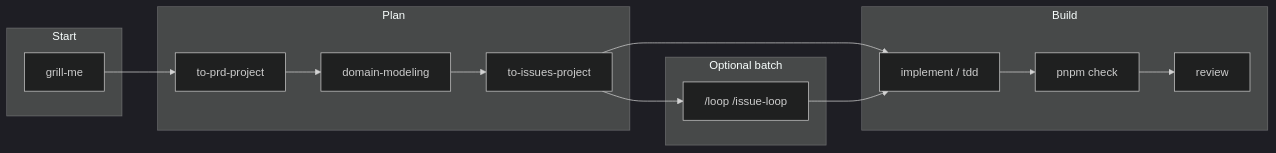
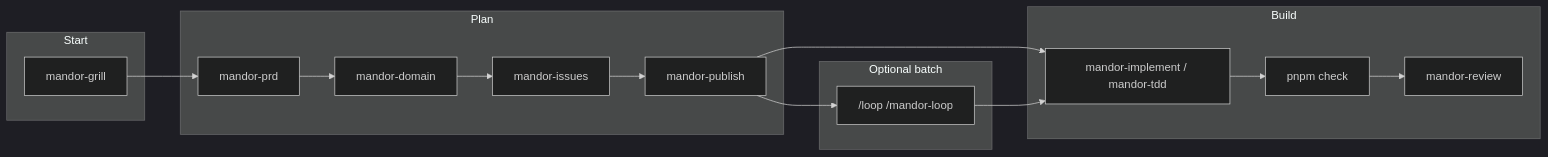
The diagram in README.md (achmadya-dev/mandor-plate), drawn with Mermaid (dark theme) before and after one commit. The commit also changed other lines of this file and 26 other files, not shown here.

First line of the commit message:
refactor(agents): rename skills to mandor-* and split publish

````diff
--- a/README.md
+++ b/README.md
@@ -103,31 +126,33 @@
 ```mermaid
 flowchart LR
   subgraph start [Start]
-    G[grill-me]
+    G[mandor-grill]
   end
 
   subgraph plan [Plan]
-    P[to-prd-project]
-    D[domain-modeling]
-    I[to-issues-project]
+    P[mandor-prd]
+    D[mandor-domain]
+    I[mandor-issues]
+    Pub[mandor-publish]
   end
 
   subgraph code [Build]
-    M[implement / tdd]
+    M[mandor-implement / mandor-tdd]
     C[pnpm check]
-    R[review]
+    R[mandor-review]
   end
 
   subgraph auto [Optional batch]
-    L["/loop /issue-loop"]
+    L["/loop /mandor-loop"]
   end
 
   G --> P
   P --> D
   D --> I
-  I --> M
+  I --> Pub
+  Pub --> M
   M --> C
   C --> R
-  I --> L
+  Pub --> L
   L --> M
 ```
````
